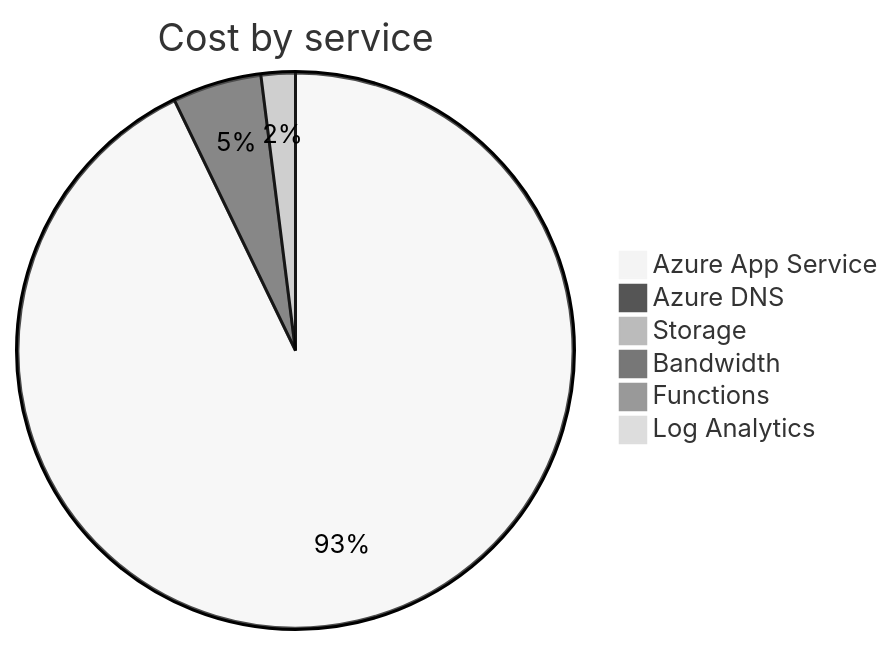
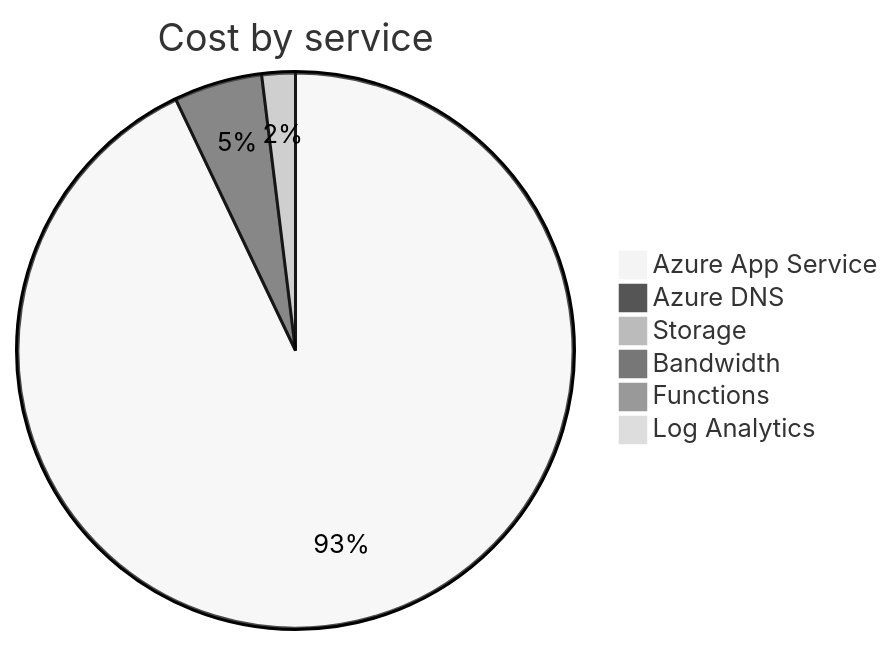
The second of 4 diagrams in cost-reports/accumulated-cost.md (jpfulton/azure-personal-reports), drawn with Mermaid (neutral theme) before and after one commit. The commit also changed other lines of this file and 4 other files, not shown here.

````diff
--- a/cost-reports/accumulated-cost.md
+++ b/cost-reports/accumulated-cost.md
@@ -98,10 +98,10 @@
 ```mermaid
 pie
    title Cost by service
-   "Azure App Service" : 4.66
-   "Azure DNS" : 0.26
-   "Storage" : 0.10
+   "Azure App Service" : 5.25
+   "Azure DNS" : 0.29
+   "Storage" : 0.11
    "Bandwidth" : 0.00
    "Functions" : 0.00
    "Log Analytics" : 0.00
 ```
````
